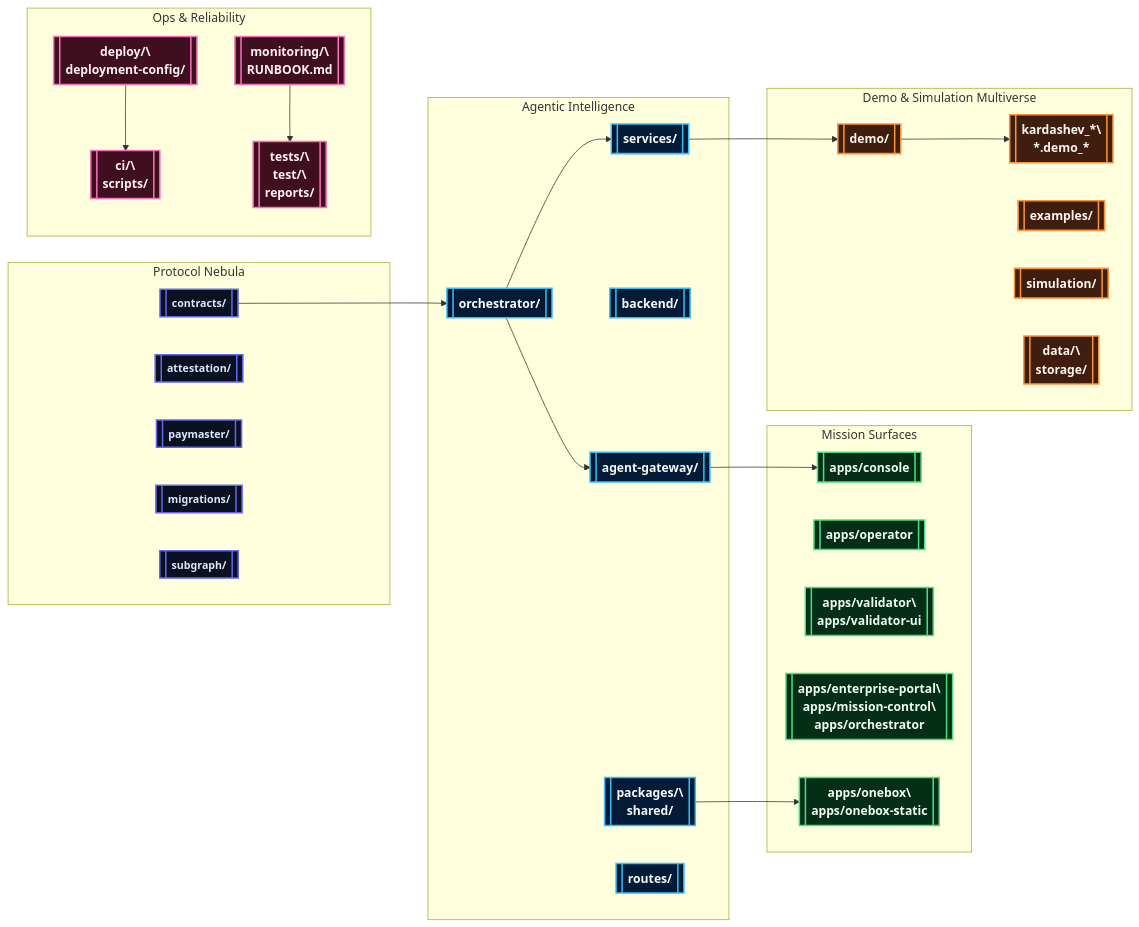
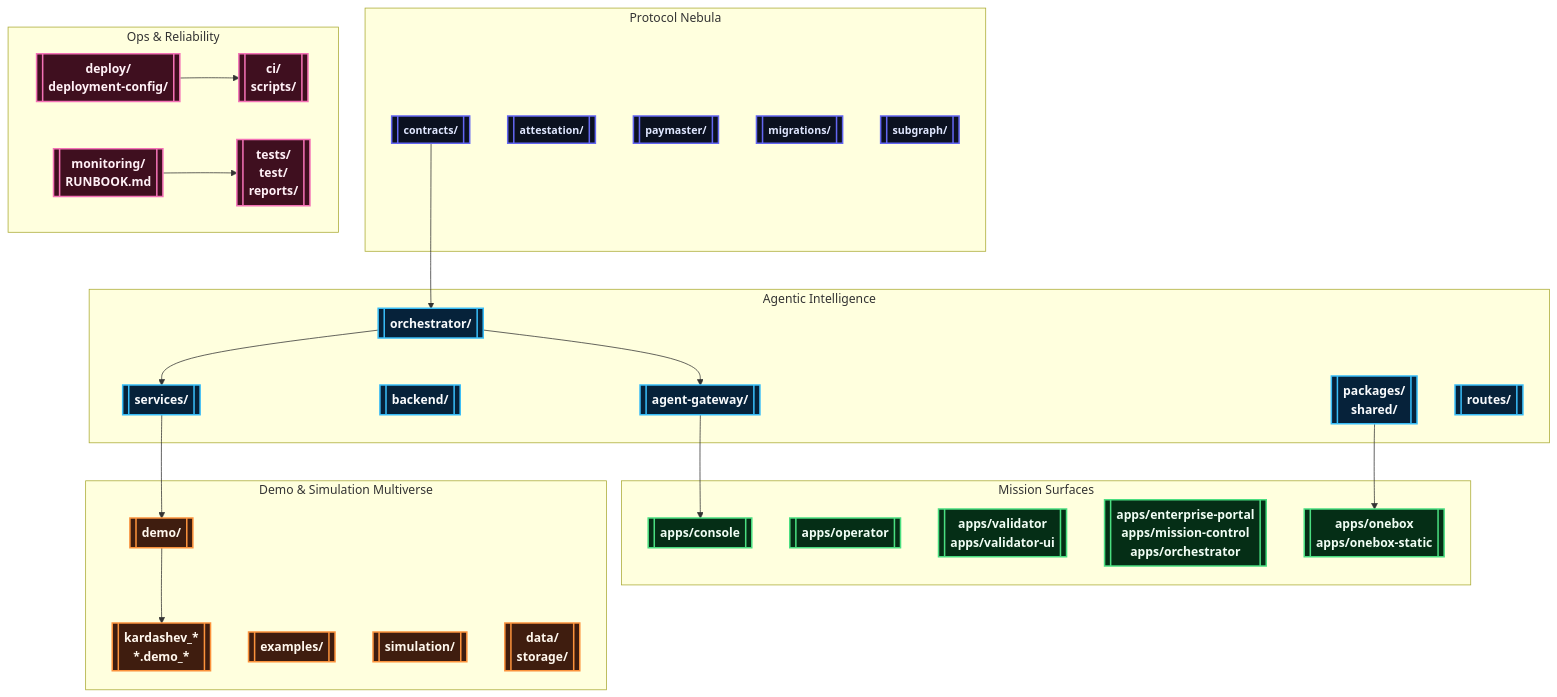
Before and after one commit to MontrealAI/AGIJobsv0: the first of 2 diagrams in README.md, drawn with Mermaid. The commit also changed other lines of this file, not shown here.

Commit message:
docs: refresh README with demo atlas

````diff
--- a/README.md
+++ b/README.md
@@ -40,56 +42,56 @@
 ```mermaid
-%% Galactic architecture map
-flowchart LR
+%% Interstellar systems map
+flowchart TD
     classDef protocol fill:#0b1120,stroke:#6366f1,color:#e0e7ff,font-size:14px,font-weight:bold,stroke-width:2px;
-    classDef agentic fill:#041b37,stroke:#38bdf8,color:#f8fafc,font-weight:bold,stroke-width:2px;
+    classDef agentic fill:#06223a,stroke:#38bdf8,color:#f8fafc,font-weight:bold,stroke-width:2px;
     classDef surfaces fill:#052e16,stroke:#4ade80,color:#f0fdf4,font-weight:bold,stroke-width:2px;
     classDef ops fill:#3f0f1f,stroke:#f472b6,color:#fff0f6,font-weight:bold,stroke-width:2px;
     classDef demos fill:#3f1d0f,stroke:#fb923c,color:#fff7ed,font-weight:bold,stroke-width:2px;
 
     subgraph "Protocol Nebula"
         contracts[[contracts/]]:::protocol
         attestation[[attestation/]]:::protocol
         paymaster[[paymaster/]]:::protocol
         migrations[[migrations/]]:::protocol
         subgraphSvc[[subgraph/]]:::protocol
     end
 
     subgraph "Agentic Intelligence"
         orchestrator[[orchestrator/]]:::agentic
         agentGateway[[agent-gateway/]]:::agentic
         backendSvc[[backend/]]:::agentic
         servicesHub[[services/]]:::agentic
-        packagesHub[[packages/\\nshared/]]:::agentic
+        packagesHub[[packages/\nshared/]]:::agentic
         routesHub[[routes/]]:::agentic
     end
 
     subgraph "Mission Surfaces"
-        appsConsole[[apps/console]]:::surfaces
-        appsOperator[[apps/operator]]:::surfaces
-        appsValidator[[apps/validator\\napps/validator-ui]]:::surfaces
-        appsEnterprise[[apps/enterprise-portal\\napps/mission-control\\napps/orchestrator]]:::surfaces
-        appsOnebox[[apps/onebox\\napps/onebox-static]]:::surfaces
+        console[[apps/console]]:::surfaces
+        operator[[apps/operator]]:::surfaces
+        validatorUI[[apps/validator\napps/validator-ui]]:::surfaces
+        enterprise[[apps/enterprise-portal\napps/mission-control\napps/orchestrator]]:::surfaces
+        onebox[[apps/onebox\napps/onebox-static]]:::surfaces
     end
 
     subgraph "Ops & Reliability"
-        deploy[[deploy/\\ndeployment-config/]]:::ops
-        ci[[ci/\\nscripts/]]:::ops
-        monitoring[[monitoring/\\nRUNBOOK.md]]:::ops
-        qa[[tests/\\ntest/\\nreports/]]:::ops
+        deploy[[deploy/\ndeployment-config/]]:::ops
+        ci[[ci/\nscripts/]]:::ops
+        monitoring[[monitoring/\nRUNBOOK.md]]:::ops
+        qa[[tests/\ntest/\nreports/]]:::ops
     end
 
     subgraph "Demo & Simulation Multiverse"
         demoHub[[demo/]]:::demos
-        kardashev[[kardashev_*\\n*.demo_*]]:::demos
+        kardashev[[kardashev_*\n*.demo_*]]:::demos
         examples[[examples/]]:::demos
         simulation[[simulation/]]:::demos
-        dataVault[[data/\\nstorage/]]:::demos
+        dataVault[[data/\nstorage/]]:::demos
     end
 
-    contracts --> orchestrator --> agentGateway --> appsConsole
+    contracts --> orchestrator --> agentGateway --> console
     orchestrator --> servicesHub --> demoHub
-    packagesHub --> appsOnebox
+    packagesHub --> onebox
     deploy --> ci
     monitoring --> qa
     demoHub --> kardashev
 ```
````
